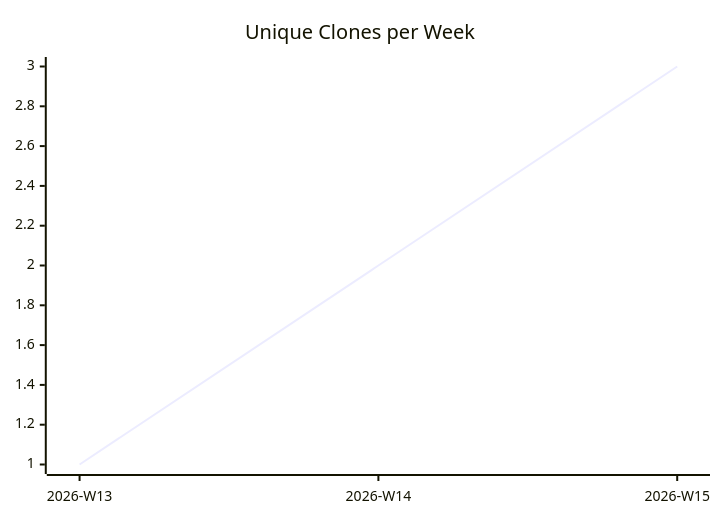
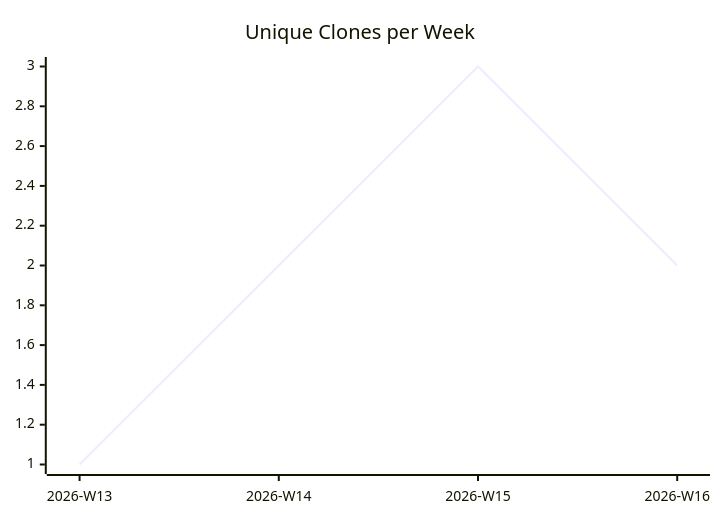
One commit to justdavis-family/github-analytics-data changed the third of 3 diagrams in karlmdavis/xmlpull/README.md. Above: the diagram before and after it, drawn with Mermaid. The commit also changed other lines of this file and 176 other files, not shown here.

````diff
--- a/karlmdavis/xmlpull/README.md
+++ b/karlmdavis/xmlpull/README.md
@@ -19,6 +19,6 @@
 ```mermaid
 xychart-beta
   title "Unique Clones per Week"
-  x-axis ["2026-W13", "2026-W14", "2026-W15"]
-  line [1, 2, 3]
+  x-axis ["2026-W13", "2026-W14", "2026-W15", "2026-W16"]
+  line [1, 2, 3, 2]
 ```
````
